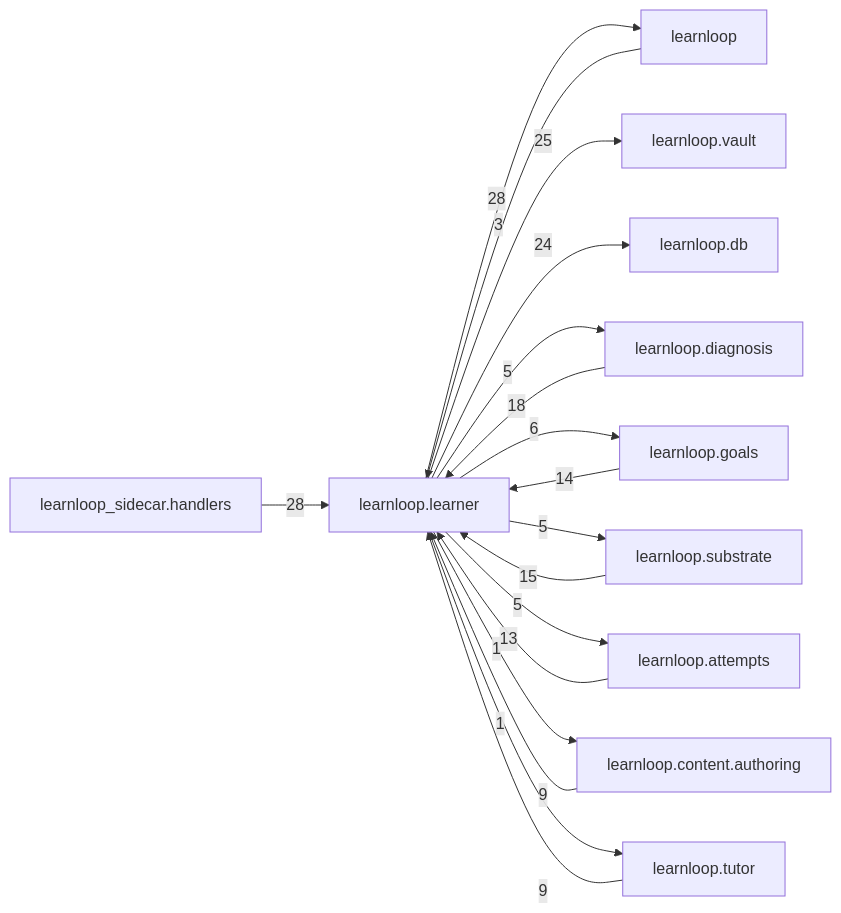
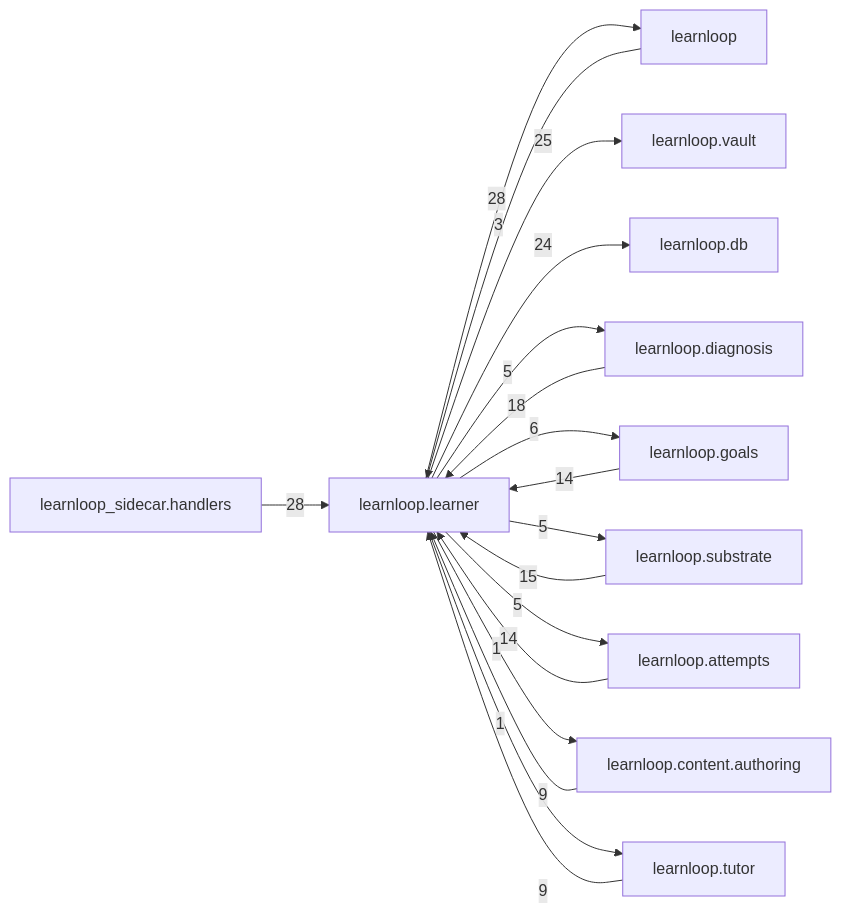
One commit to 6up-b/learnanything changed the diagram in docs/learnloop-architecture-vault/Reference/Modules/learnloop/learner/_package.md. Above: the diagram before and after it, drawn with Mermaid. The commit also changed other lines of this file and 40 other files, not shown here.

````diff
--- a/docs/learnloop-architecture-vault/Reference/Modules/learnloop/learner/_package.md
+++ b/docs/learnloop-architecture-vault/Reference/Modules/learnloop/learner/_package.md
@@ -156,31 +156,31 @@
 ```mermaid
 flowchart LR
     center["learnloop.learner"]
     n_learnloop["learnloop"]
     n_learnloop_sidecar_handlers["learnloop_sidecar.handlers"]
     n_learnloop_vault["learnloop.vault"]
     n_learnloop_db["learnloop.db"]
     n_learnloop_diagnosis["learnloop.diagnosis"]
     n_learnloop_goals["learnloop.goals"]
     n_learnloop_substrate["learnloop.substrate"]
     n_learnloop_attempts["learnloop.attempts"]
     n_learnloop_content_authoring["learnloop.content.authoring"]
     n_learnloop_tutor["learnloop.tutor"]
     n_learnloop -->|3| center
     center -->|28| n_learnloop
     n_learnloop_sidecar_handlers -->|28| center
     center -->|25| n_learnloop_vault
     center -->|24| n_learnloop_db
     n_learnloop_diagnosis -->|18| center
     center -->|5| n_learnloop_diagnosis
     n_learnloop_goals -->|14| center
     center -->|6| n_learnloop_goals
     n_learnloop_substrate -->|15| center
     center -->|5| n_learnloop_substrate
-    n_learnloop_attempts -->|13| center
+    n_learnloop_attempts -->|14| center
     center -->|5| n_learnloop_attempts
     n_learnloop_content_authoring -->|9| center
     center -->|1| n_learnloop_content_authoring
     n_learnloop_tutor -->|9| center
     center -->|1| n_learnloop_tutor
 ```
````
